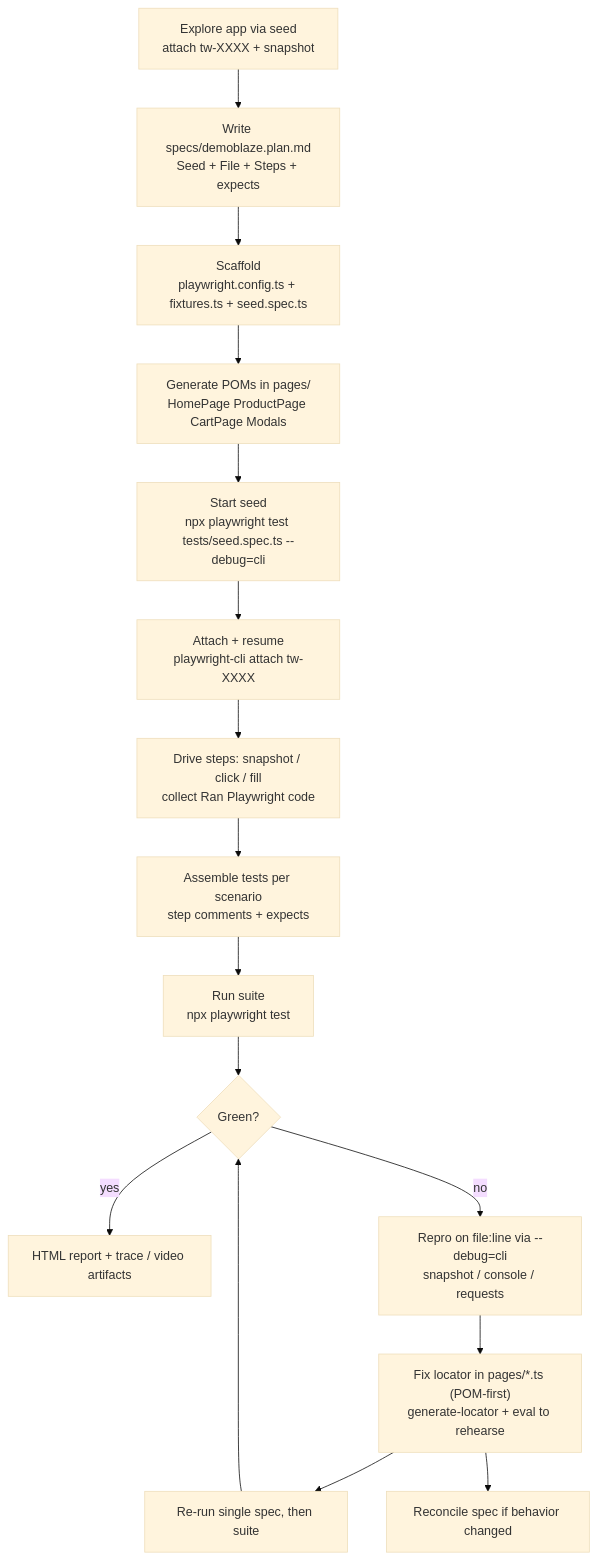
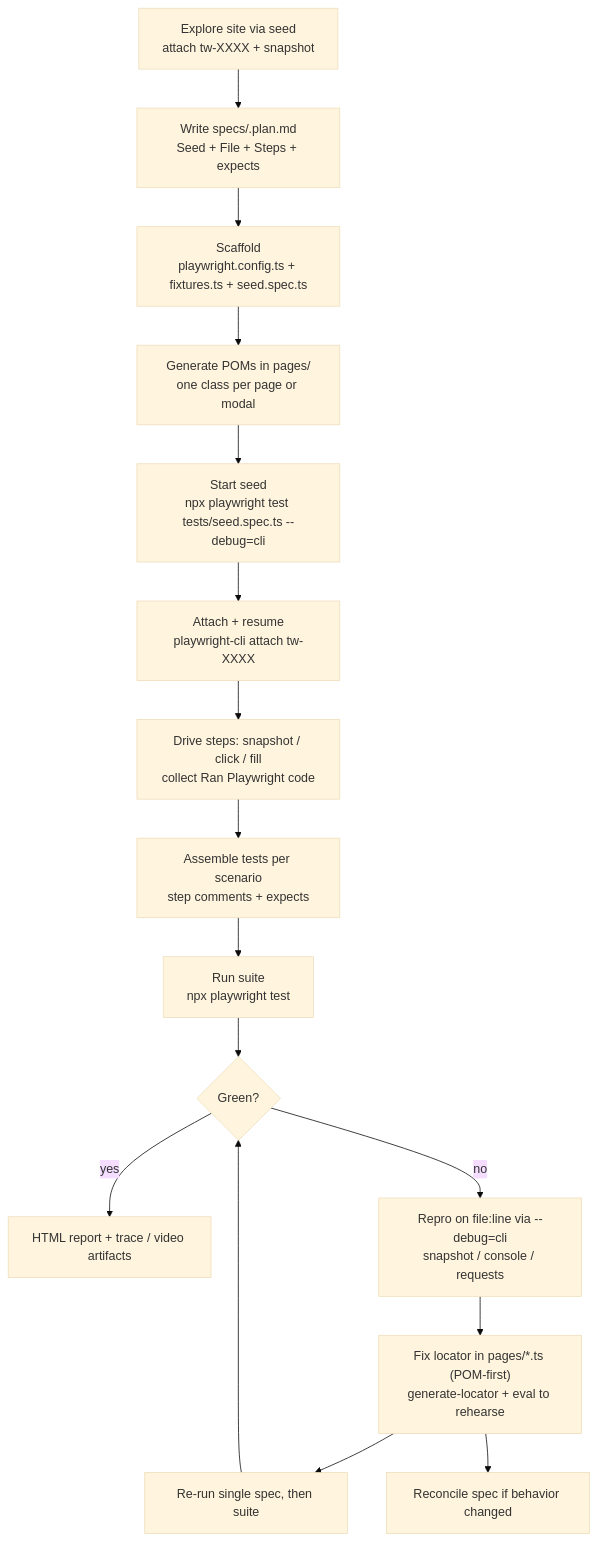
The diagram in README.md (RAHULREDDYYSR/playwright-cli-demo), drawn with Mermaid (base theme) before and after one commit. The commit also changed other lines of this file and 2 other files, not shown here.

````diff
--- a/README.md
+++ b/README.md
@@ -274,18 +129,18 @@
 ```mermaid
 flowchart TD
-    A["Explore app via seed<br/>attach tw-XXXX + snapshot"] --> B["Write specs/demoblaze.plan.md<br/>Seed + File + Steps + expects"]
+    A["Explore site via seed<br/>attach tw-XXXX + snapshot"] --> B["Write specs/<feature>.plan.md<br/>Seed + File + Steps + expects"]
     B --> C["Scaffold<br/>playwright.config.ts + fixtures.ts + seed.spec.ts"]
-    C --> D["Generate POMs in pages/<br/>HomePage ProductPage CartPage Modals"]
+    C --> D["Generate POMs in pages/<br/>one class per page or modal"]
     D --> E["Start seed<br/>npx playwright test tests/seed.spec.ts --debug=cli"]
     E --> F["Attach + resume<br/>playwright-cli attach tw-XXXX"]
     F --> G["Drive steps: snapshot / click / fill<br/>collect Ran Playwright code"]
     G --> H["Assemble tests per scenario<br/>step comments + expects"]
     H --> I["Run suite<br/>npx playwright test"]
     I --> J{"Green?"}
     J -->|yes| K["HTML report + trace / video artifacts"]
     J -->|no| L["Repro on file:line via --debug=cli<br/>snapshot / console / requests"]
     L --> M["Fix locator in pages/*.ts (POM-first)<br/>generate-locator + eval to rehearse"]
     M --> N["Re-run single spec, then suite"]
     N --> J
     M --> O["Reconcile spec if behavior changed"]
 ```
````
